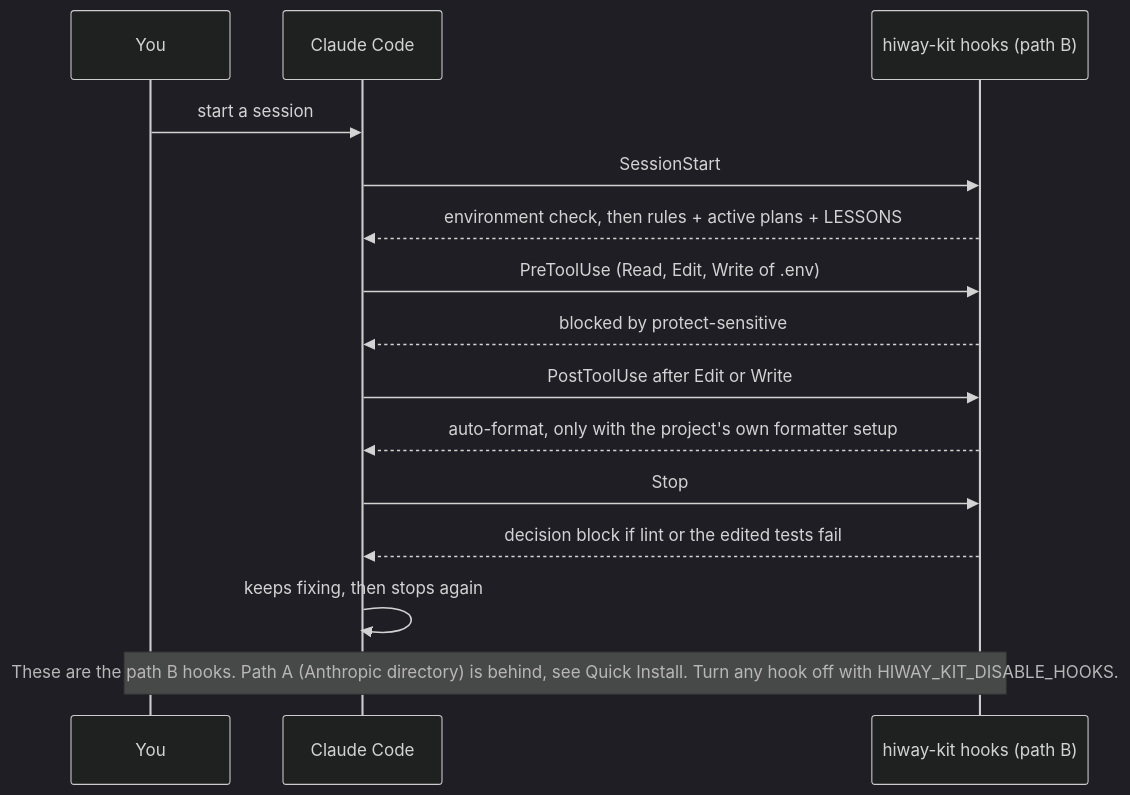
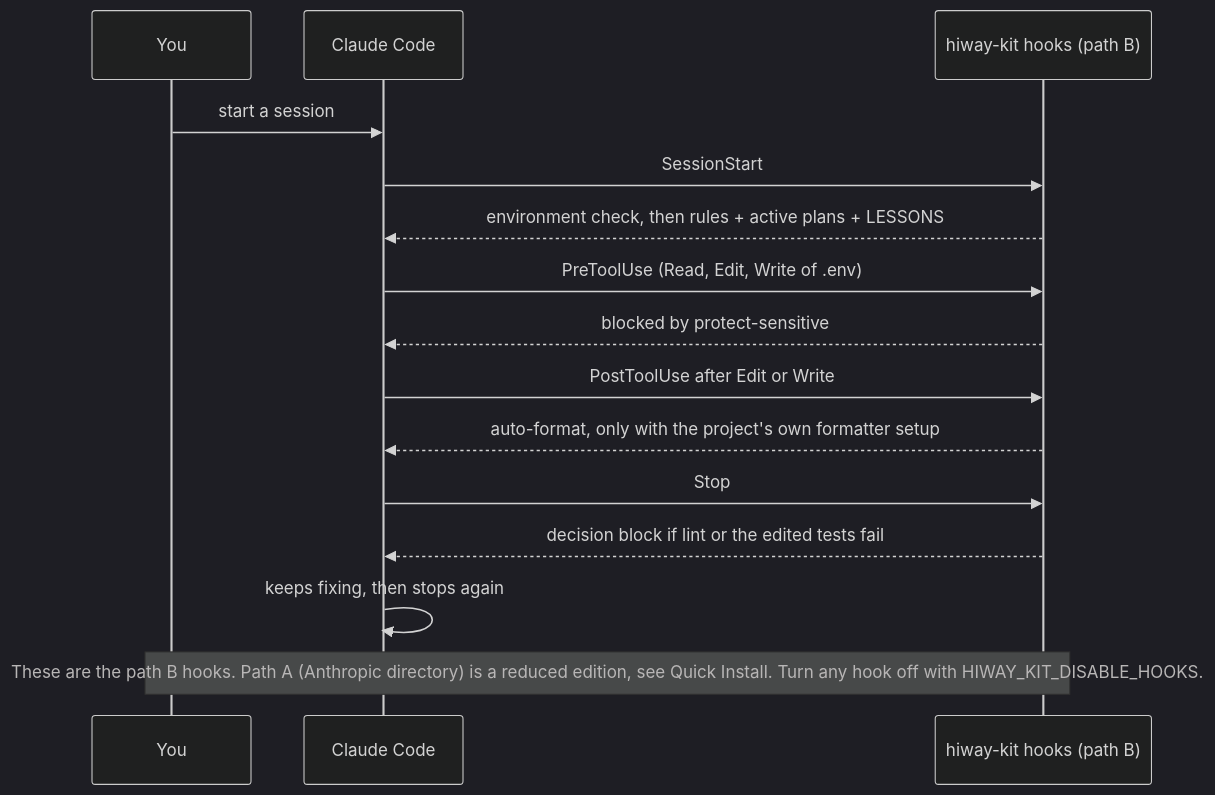
The third of 3 diagrams in README.md (This-HW/hiway-kit), drawn with Mermaid (dark theme) before and after one commit. The commit also changed other lines of this file and 10 other files, not shown here.

First line of the commit message:
release: 5.9.1 — reduced directory edition for non-Verified publishers

````diff
--- a/README.md
+++ b/README.md
@@ -361,17 +365,17 @@
 ```mermaid
 sequenceDiagram
   participant U as You
   participant CC as Claude Code
   participant K as hiway-kit hooks (path B)
   U->>CC: start a session
   CC->>K: SessionStart
   K-->>CC: environment check, then rules + active plans + LESSONS
   CC->>K: PreToolUse (Read, Edit, Write of .env)
   K-->>CC: blocked by protect-sensitive
   CC->>K: PostToolUse after Edit or Write
   K-->>CC: auto-format, only with the project's own formatter setup
   CC->>K: Stop
   K-->>CC: decision block if lint or the edited tests fail
   CC->>CC: keeps fixing, then stops again
-  Note over U,K: These are the path B hooks. Path A (Anthropic directory) is behind, see Quick Install. Turn any hook off with HIWAY_KIT_DISABLE_HOOKS.
+  Note over U,K: These are the path B hooks. Path A (Anthropic directory) is a reduced edition, see Quick Install. Turn any hook off with HIWAY_KIT_DISABLE_HOOKS.
 ```
````
